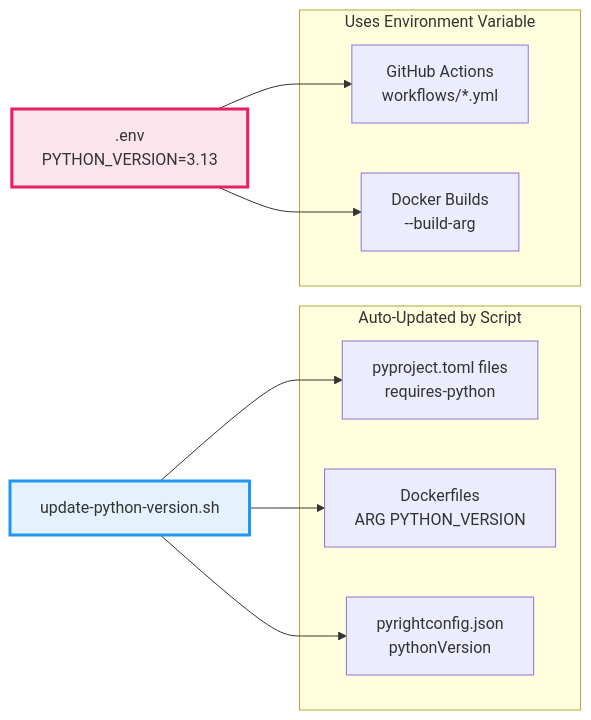
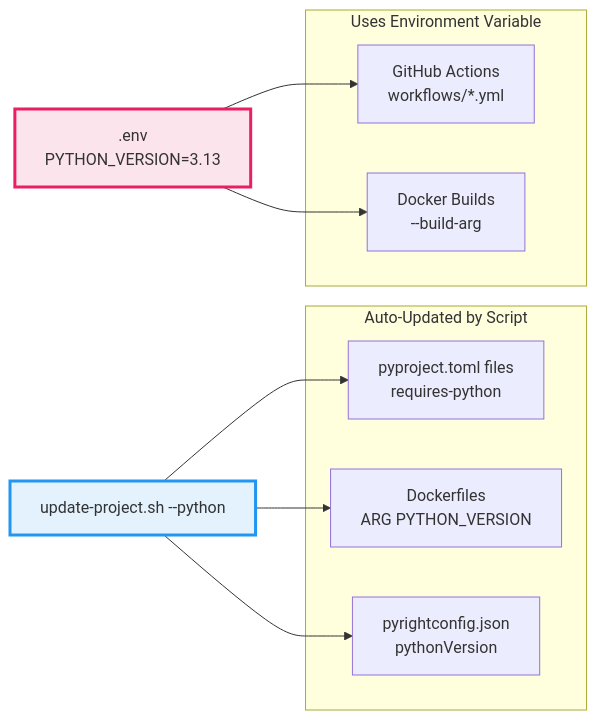
Before and after one commit to SimplicityGuy/discogsography: the diagram in docs/python-version-management.md, drawn with Mermaid. The commit also changed 23 other files, not shown here.

````diff
--- a/docs/python-version-management.md
+++ b/docs/python-version-management.md
@@ -12,25 +12,25 @@
 ```mermaid
 graph LR
     ENV[.env<br/>PYTHON_VERSION=3.13]
 
     subgraph "Auto-Updated by Script"
         PY[pyproject.toml files<br/>requires-python]
         DOCKER[Dockerfiles<br/>ARG PYTHON_VERSION]
         PYRIGHT[pyrightconfig.json<br/>pythonVersion]
     end
 
     subgraph "Uses Environment Variable"
         GH[GitHub Actions<br/>workflows/*.yml]
         BUILD[Docker Builds<br/>--build-arg]
     end
 
     ENV --> GH
     ENV --> BUILD
 
-    Script[update-python-version.sh] --> PY
+    Script[update-project.sh --python] --> PY
     Script --> DOCKER
     Script --> PYRIGHT
 
     style ENV fill:#fce4ec,stroke:#e91e63,stroke-width:3px
     style Script fill:#e3f2fd,stroke:#2196f3,stroke-width:3px
 ```
````
